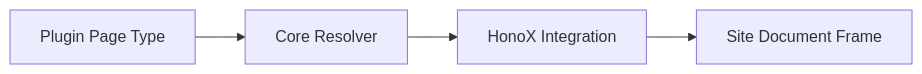
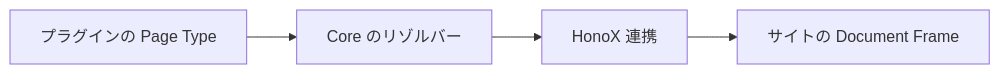
Before and after one commit to Rerurate514/riebeckite: the fourth of 8 diagrams in docs/docs/framework/plugin-system/pipeline.ja.md, drawn with Mermaid. The commit also changed other lines of this file and 310 other files, not shown here.

````diff
--- a/docs/docs/framework/plugin-system/pipeline.ja.md
+++ b/docs/docs/framework/plugin-system/pipeline.ja.md
@@ -212,11 +157,11 @@
 ```mermaid id="dkbx6s"
 flowchart LR
-    Plugin["Plugin Page Type"]
-    Core["Core Resolver"]
-    Integration["HonoX Integration"]
-    Site["Site Document Frame"]
+    Plugin["プラグインの Page Type"]
+    Core["Core のリゾルバー"]
+    Integration["HonoX 連携"]
+    Site["サイトの Document Frame"]
 
     Plugin --> Core
     Core --> Integration
     Integration --> Site
 ```
````
